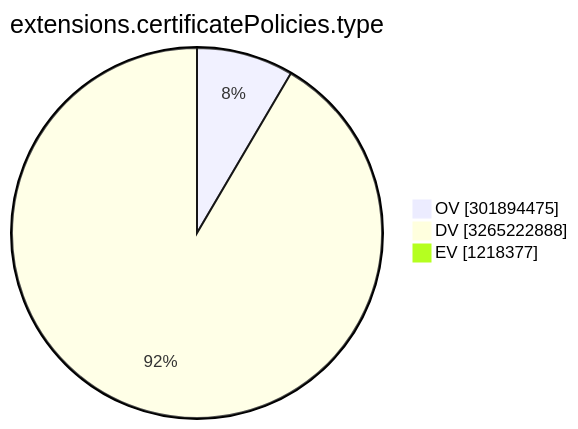
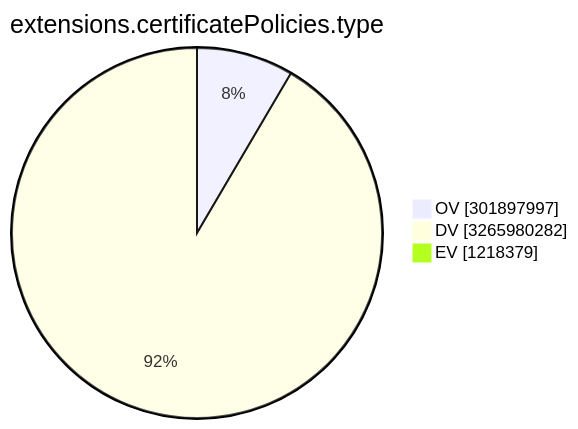
One commit to christiankrug/ctmonitor_visualization changed the ninth of 15 diagrams in TOTAL/README.md. Above: the diagram before and after it, drawn with Mermaid. The commit also changed other lines of this file, not shown here.

````diff
--- a/TOTAL/README.md
+++ b/TOTAL/README.md
@@ -3107,7 +3107,7 @@
 ```mermaid
 pie showData
 title extensions.certificatePolicies.type
-"OV" :301894475
-"DV" :3265222888
-"EV" :1218377
+"OV" :301897997
+"DV" :3265980282
+"EV" :1218379
 ```
````
